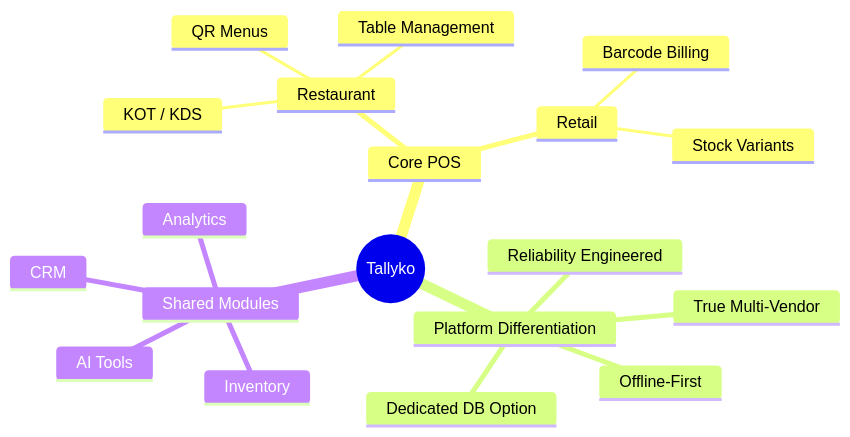
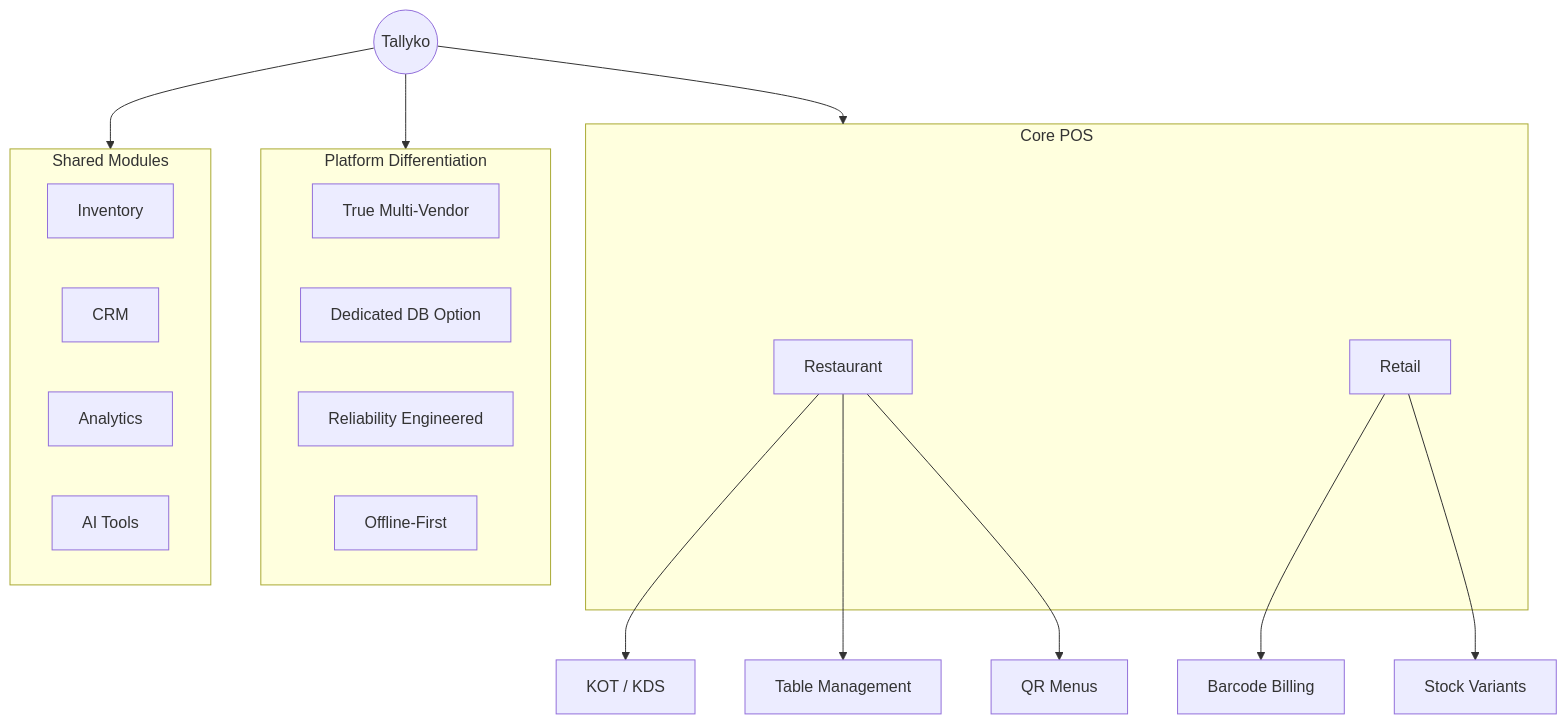
The diagram in docs/00_Product_Overview.md (vishwajitvm/Tallyko), drawn with Mermaid before and after one commit. The commit also changed 16 other files, not shown here.

````diff
--- a/docs/00_Product_Overview.md
+++ b/docs/00_Product_Overview.md
@@ -65,22 +65,34 @@
 ```mermaid
-mindmap
-  root((Tallyko))
-    Core POS
-      Restaurant
-        KOT / KDS
-        Table Management
-        QR Menus
-      Retail
-        Barcode Billing
-        Stock Variants
-    Platform Differentiation
-      True Multi-Vendor
-      Dedicated DB Option
-      Reliability Engineered
-      Offline-First
-    Shared Modules
-      Inventory
-      CRM
-      Analytics
-      AI Tools
+flowchart TD
+    root((Tallyko))
+    
+    subgraph POS [Core POS]
+        rest[Restaurant]
+        ret[Retail]
+    end
+    
+    rest --> kot[KOT / KDS]
+    rest --> tab[Table Management]
+    rest --> qr[QR Menus]
+    
+    ret --> bar[Barcode Billing]
+    ret --> var[Stock Variants]
+    
+    subgraph Diff [Platform Differentiation]
+        mv[True Multi-Vendor]
+        db[Dedicated DB Option]
+        rel[Reliability Engineered]
+        off[Offline-First]
+    end
+    
+    subgraph Mod [Shared Modules]
+        inv[Inventory]
+        crm[CRM]
+        ana[Analytics]
+        ai[AI Tools]
+    end
+    
+    root --> POS
+    root --> Diff
+    root --> Mod
 ```
````
